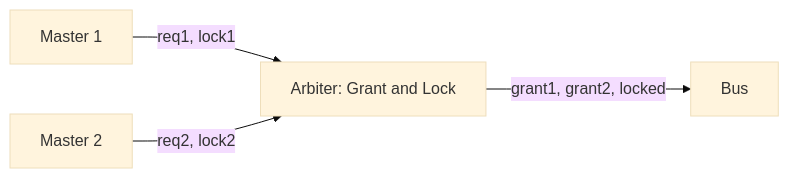
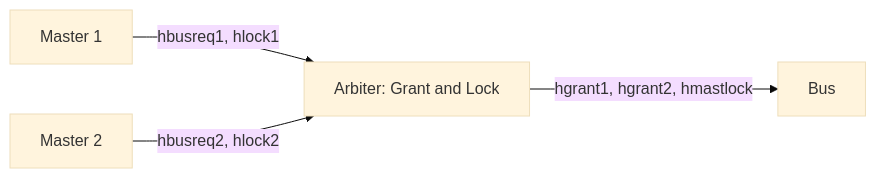
One commit to chase-cps/chase-cps.github.io changed the diagram in handbook/docs/demos/ahb.md. Above: the diagram before and after it, drawn with Mermaid (base theme). The commit also changed other lines of this file and 2 other files, not shown here.

````diff
--- a/handbook/docs/demos/ahb.md
+++ b/handbook/docs/demos/ahb.md
@@ -10,6 +11,6 @@
 ```mermaid
 flowchart LR
-    M1["Master 1"] -- "req1, lock1" --> A["Arbiter: Grant and Lock"]
-    M2["Master 2"] -- "req2, lock2" --> A
-    A -- "grant1, grant2, locked" --> B["Bus"]
+    M1["Master 1"] -- "hbusreq1, hlock1" --> A["Arbiter: Grant and Lock"]
+    M2["Master 2"] -- "hbusreq2, hlock2" --> A
+    A -- "hgrant1, hgrant2, hmastlock" --> B["Bus"]
 ```
````
